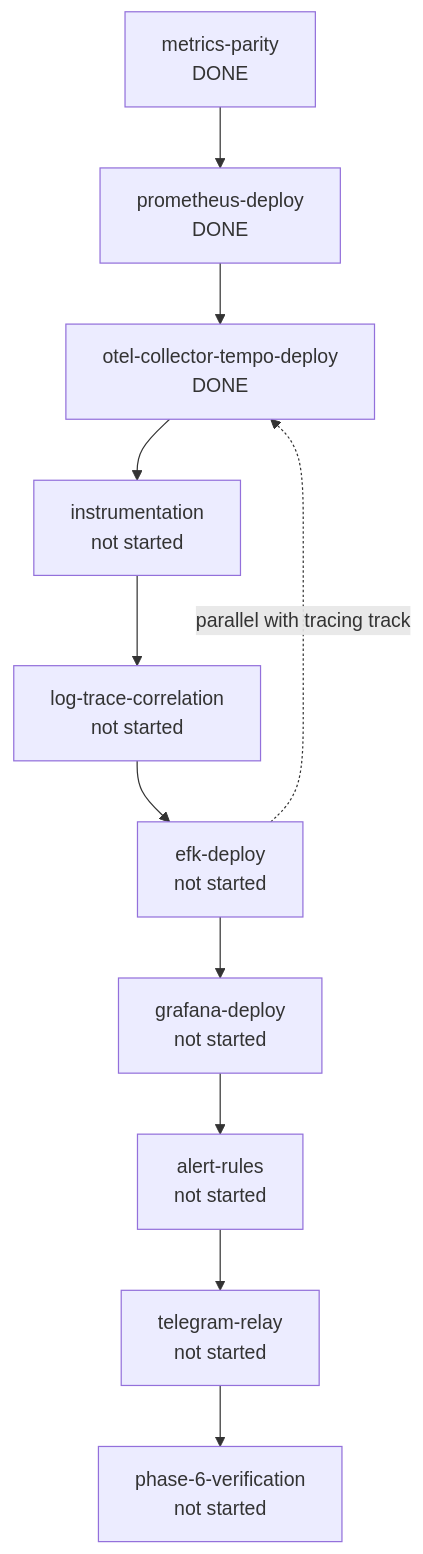
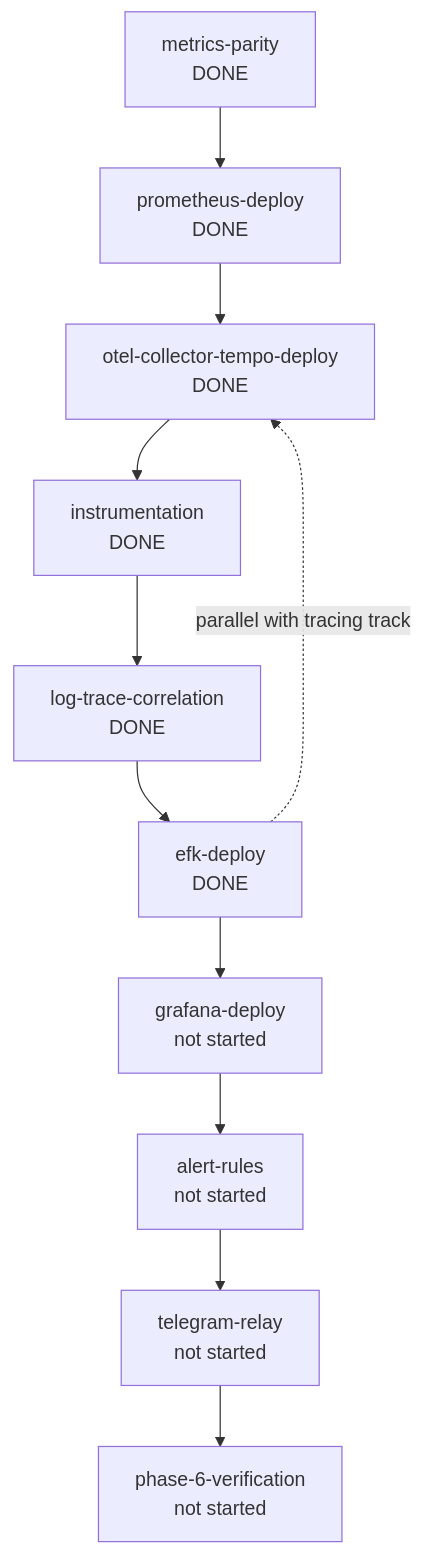
The second of 8 diagrams in docs/observation-architeture.md (akkien/aviron), drawn with Mermaid before and after one commit. The commit also changed other lines of this file and 8 other files, not shown here.

````diff
--- a/docs/observation-architeture.md
+++ b/docs/observation-architeture.md
@@ -114,13 +114,13 @@
 ```mermaid
 flowchart TD
     A["metrics-parity<br/>DONE"] --> B["prometheus-deploy<br/>DONE"]
     B --> D["otel-collector-tempo-deploy<br/>DONE"]
-    C["efk-deploy<br/>not started"] -.parallel with tracing track.-> D
-    D --> E["instrumentation<br/>not started"]
-    E --> F["log-trace-correlation<br/>not started"]
+    C["efk-deploy<br/>DONE"] -.parallel with tracing track.-> D
+    D --> E["instrumentation<br/>DONE"]
+    E --> F["log-trace-correlation<br/>DONE"]
     F --> C
     C --> G["grafana-deploy<br/>not started"]
     G --> H["alert-rules<br/>not started"]
     H --> I["telegram-relay<br/>not started"]
     I --> J["phase-6-verification<br/>not started"]
 ```
````
